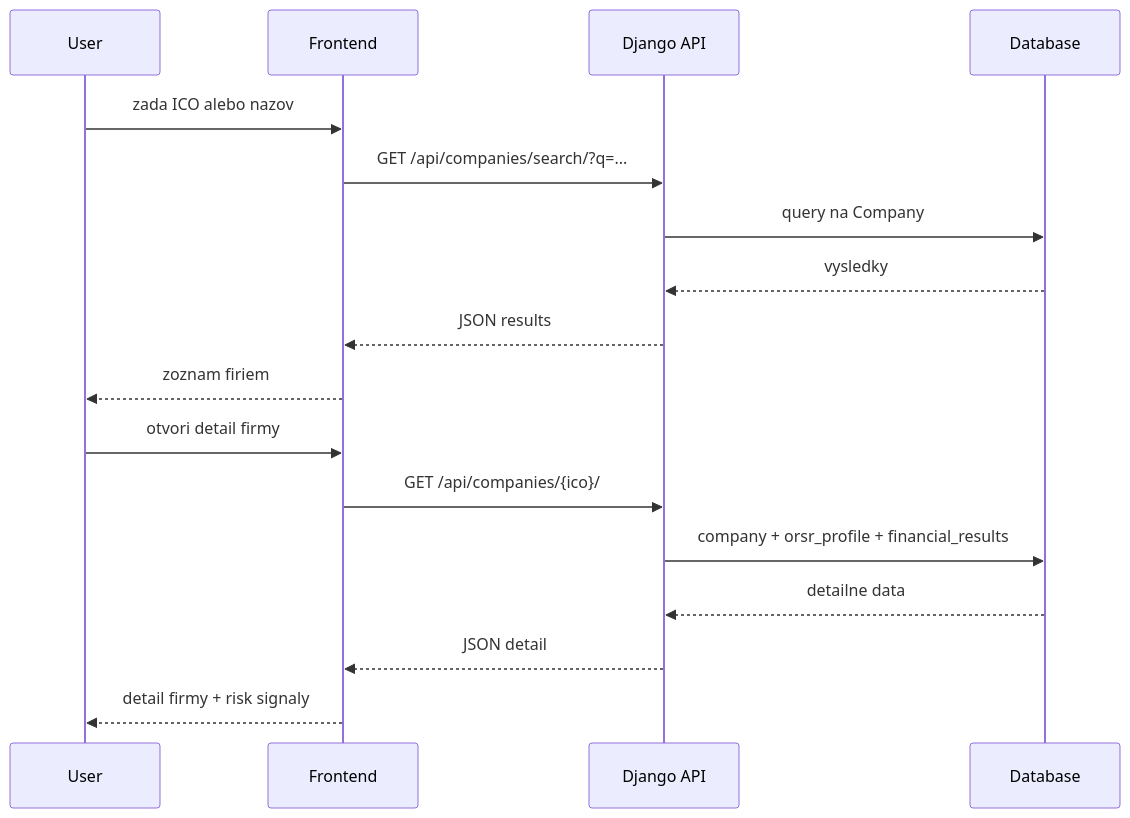
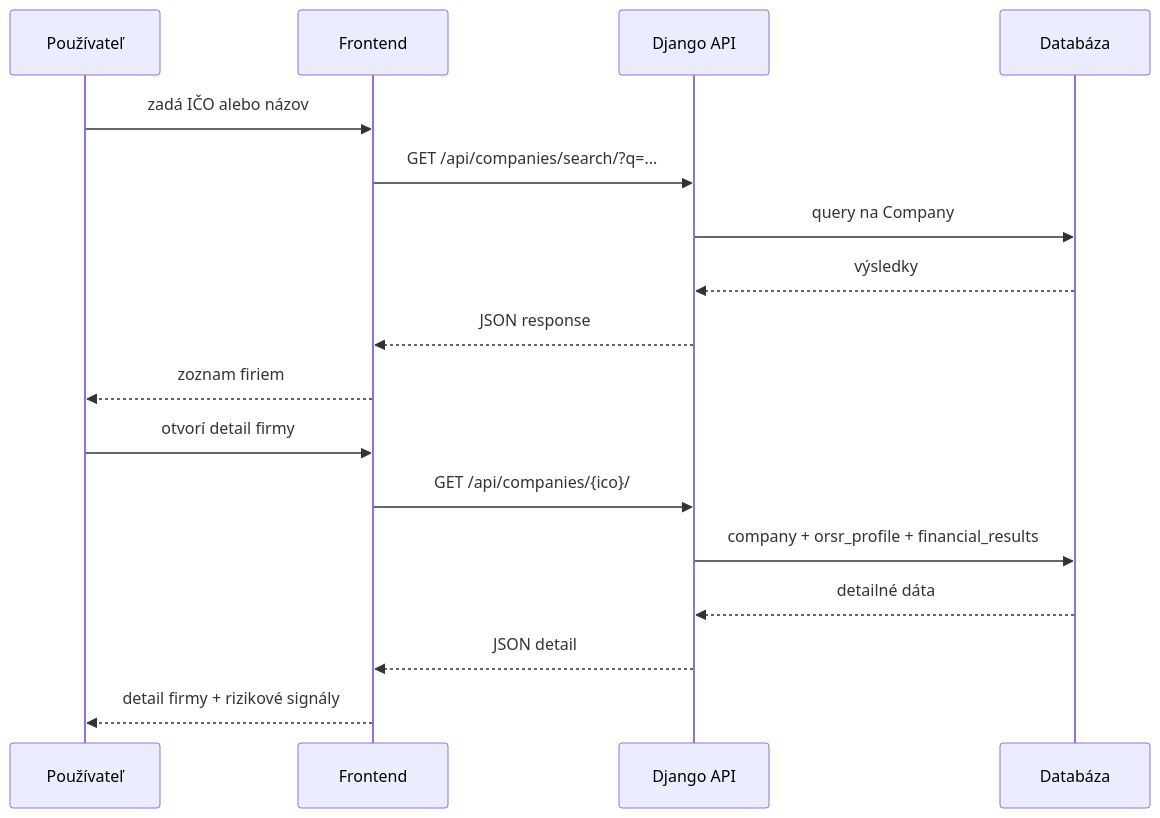
The second of 2 diagrams in docs/ARCHITECTURE.md (xsugra/cistafirma.sk), drawn with Mermaid before and after one commit. The commit also changed other lines of this file and 36 other files, not shown here.

````diff
--- a/docs/ARCHITECTURE.md
+++ b/docs/ARCHITECTURE.md
@@ -71,21 +78,21 @@
 ```mermaid
 sequenceDiagram
-    participant U as User
+    participant U as Používateľ
     participant FE as Frontend
     participant BE as Django API
-    participant DB as Database
+    participant DB as Databáza
 
-    U->>FE: zada ICO alebo nazov
+    U->>FE: zadá IČO alebo názov
     FE->>BE: GET /api/companies/search/?q=...
     BE->>DB: query na Company
-    DB-->>BE: vysledky
-    BE-->>FE: JSON results
+    DB-->>BE: výsledky
+    BE-->>FE: JSON response
     FE-->>U: zoznam firiem
 
-    U->>FE: otvori detail firmy
+    U->>FE: otvorí detail firmy
     FE->>BE: GET /api/companies/{ico}/
     BE->>DB: company + orsr_profile + financial_results
-    DB-->>BE: detailne data
+    DB-->>BE: detailné dáta
     BE-->>FE: JSON detail
-    FE-->>U: detail firmy + risk signaly
+    FE-->>U: detail firmy + rizikové signály
 ```
````
